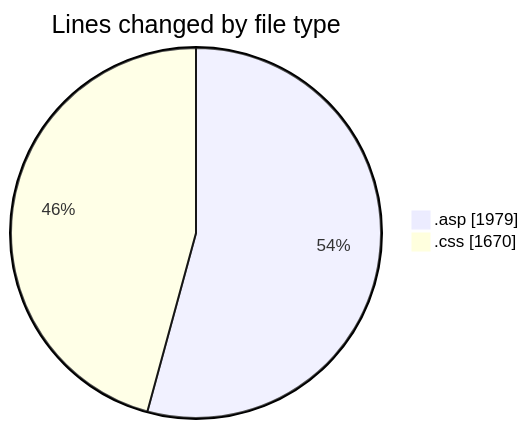
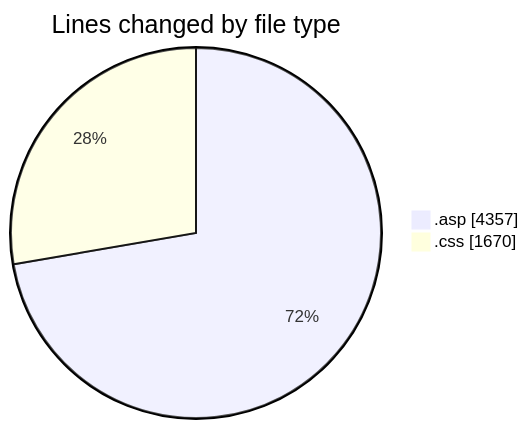
One commit to julien-gomy/code-tracking changed the first of 2 diagrams in 2025-11-17/usr_aleoudev_fr__workspace_/README.md. Above: the diagram before and after it, drawn with Mermaid. The commit also changed other lines of this file and 1 other file, not shown here.

````diff
--- a/2025-11-17/usr_aleoudev_fr__workspace_/README.md
+++ b/2025-11-17/usr_aleoudev_fr__workspace_/README.md
@@ -21,6 +22,6 @@
 ```mermaid
 pie showData
 title Lines changed by file type
-".asp" : 1979
+".asp" : 4357
 ".css" : 1670
 ```
````
